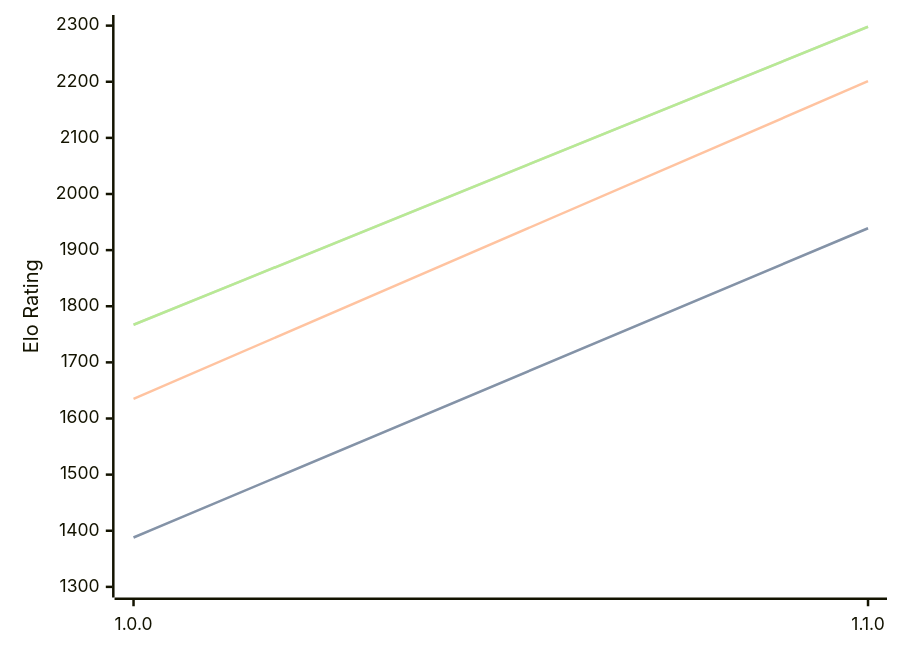
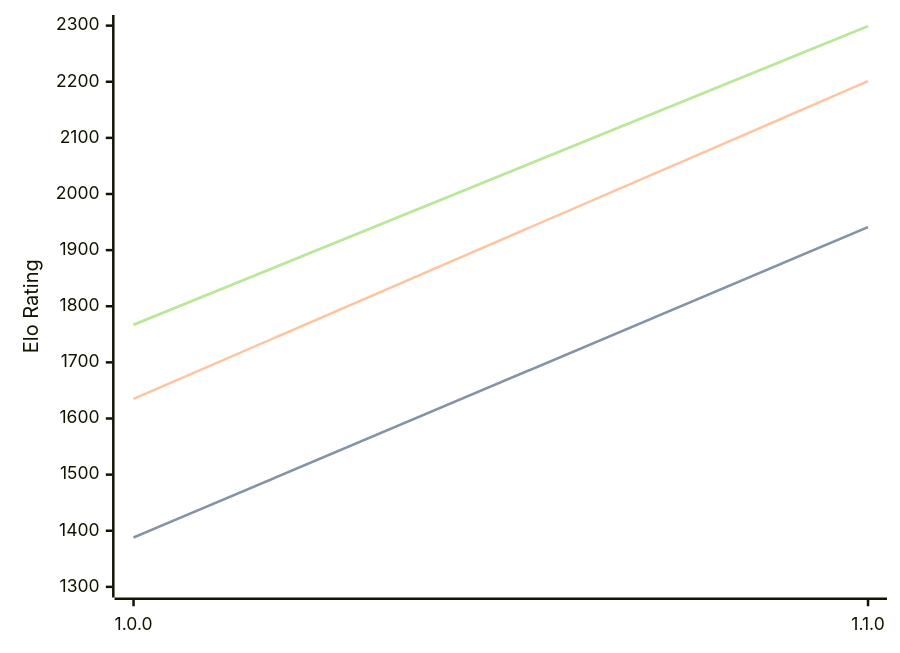
One commit to computer-chess-index/cci changed the diagram in engines/Akerbeltz.md. Above: the diagram before and after it, drawn with Mermaid. The commit also changed other lines of this file, not shown here.

Commit message:
Update CCI Ratings (ELO VLTC) - 2026-09-03

````diff
--- a/engines/Akerbeltz.md
+++ b/engines/Akerbeltz.md
@@ -32,11 +32,11 @@
 ```mermaid
 %%{init: {"theme":"base","themeVariables":{"seriesColors:['#a3a3a3','#222221','#faa371']}}}%%
 xychart-beta
   x-axis ["1.0.0", "1.1.0"]
   y-axis "Elo Rating" 1300 --> 2300
-  line "" [1388, 1939]
-  line "STC (8.0+0.08s)" [1388, 1939]
+  line "" [1388, 1941]
+  line "STC (8.0+0.08s)" [1388, 1941]
   line "LTC (60.0+0.60s)" [1635, 2201]
-  line "" [1767, 2298]
-  line "VLTC (2m24s+1.12s)" [1767, 2298]
+  line "" [1767, 2299]
+  line "VLTC (2m24s+1.12s)" [1767, 2299]
 ```
````
